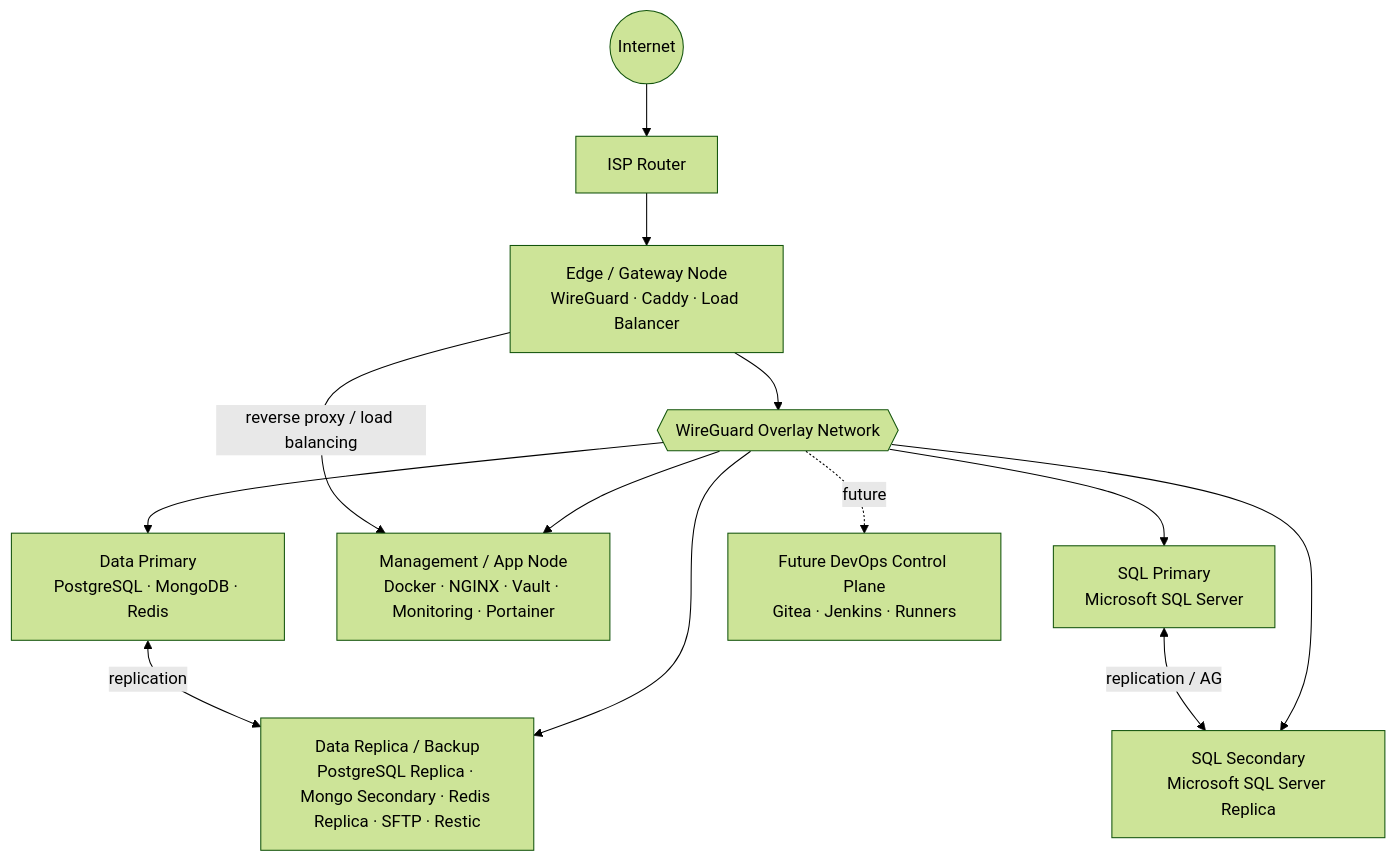
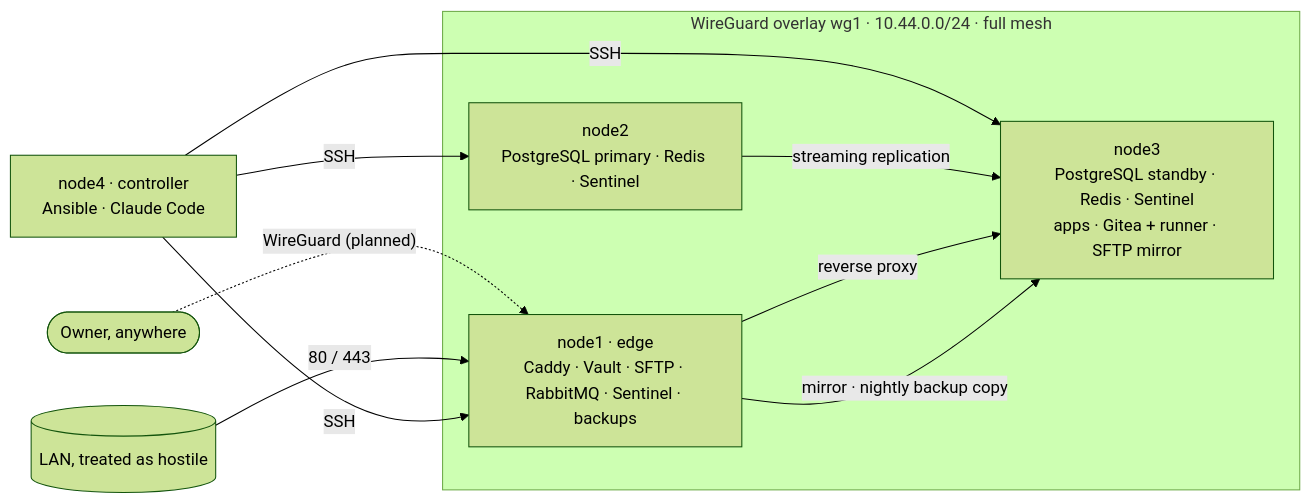
One commit to vpetukhov-wbss/homelab-infrastructure changed the diagram in README.md. Above: the diagram before and after it, drawn with Mermaid (forest theme). The commit also changed other lines of this file and 46 other files, not shown here.

```diff
--- a/README.md
+++ b/README.md
@@ -56,27 +47,14 @@
 ~~~mermaid
-flowchart TB
-    Internet((Internet))
-    Router[ISP Router]
-    Edge[Edge / Gateway Node<br/>WireGuard · Caddy · Load Balancer]
-    WG{{WireGuard Overlay Network}}
-
-    DataP[Data Primary<br/>PostgreSQL · MongoDB · Redis]
-    DataR[Data Replica / Backup<br/>PostgreSQL Replica · Mongo Secondary · Redis Replica · SFTP · Restic]
-    Mgmt[Management / App Node<br/>Docker · NGINX · Vault · Monitoring · Portainer]
-    SqlP[SQL Primary<br/>Microsoft SQL Server]
-    SqlR[SQL Secondary<br/>Microsoft SQL Server Replica]
-    DevOps[Future DevOps Control Plane<br/>Gitea · Jenkins · Runners]
-
-    Internet --> Router --> Edge
-    Edge --> WG
-    WG --> DataP
-    WG --> DataR
-    WG --> Mgmt
-    WG --> SqlP
-    WG --> SqlR
-    WG -. future .-> DevOps
-
-    DataP <-->|replication| DataR
-    SqlP <-->|replication / AG| SqlR
-    Edge -->|reverse proxy / load balancing| Mgmt
+flowchart LR
+    owner([Owner, anywhere]) -. "WireGuard (planned)" .-> n1
+    lan[(LAN, treated as hostile)] -->|80 / 443| n1
+    subgraph wg1 ["WireGuard overlay wg1 · 10.44.0.0/24 · full mesh"]
+      n1["node1 · edge<br/>Caddy · Vault · SFTP · RabbitMQ · Sentinel · backups"]
+      n2["node2<br/>PostgreSQL primary · Redis · Sentinel"]
+      n3["node3<br/>PostgreSQL standby · Redis · Sentinel<br/>apps · Gitea + runner · SFTP mirror"]
+    end
+    n4["node4 · controller<br/>Ansible · Claude Code"] -->|SSH| n1 & n2 & n3
+    n2 -->|streaming replication| n3
+    n1 -->|reverse proxy| n3
+    n1 -->|mirror · nightly backup copy| n3
 ~~~
```
